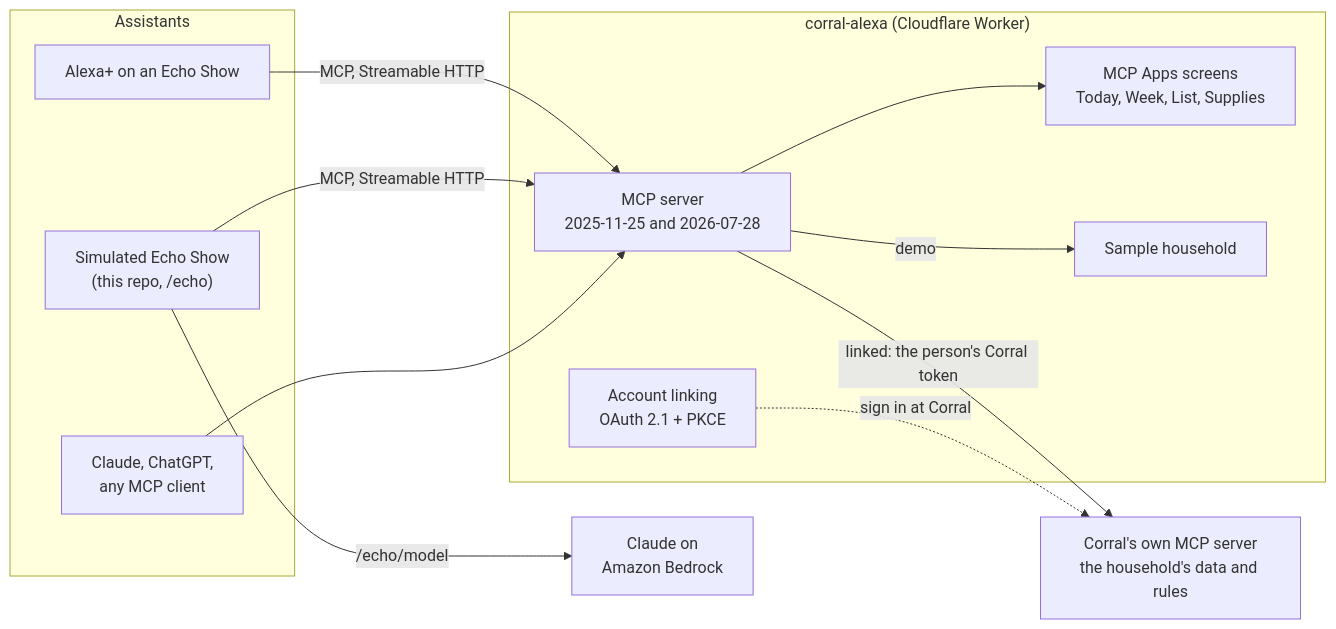
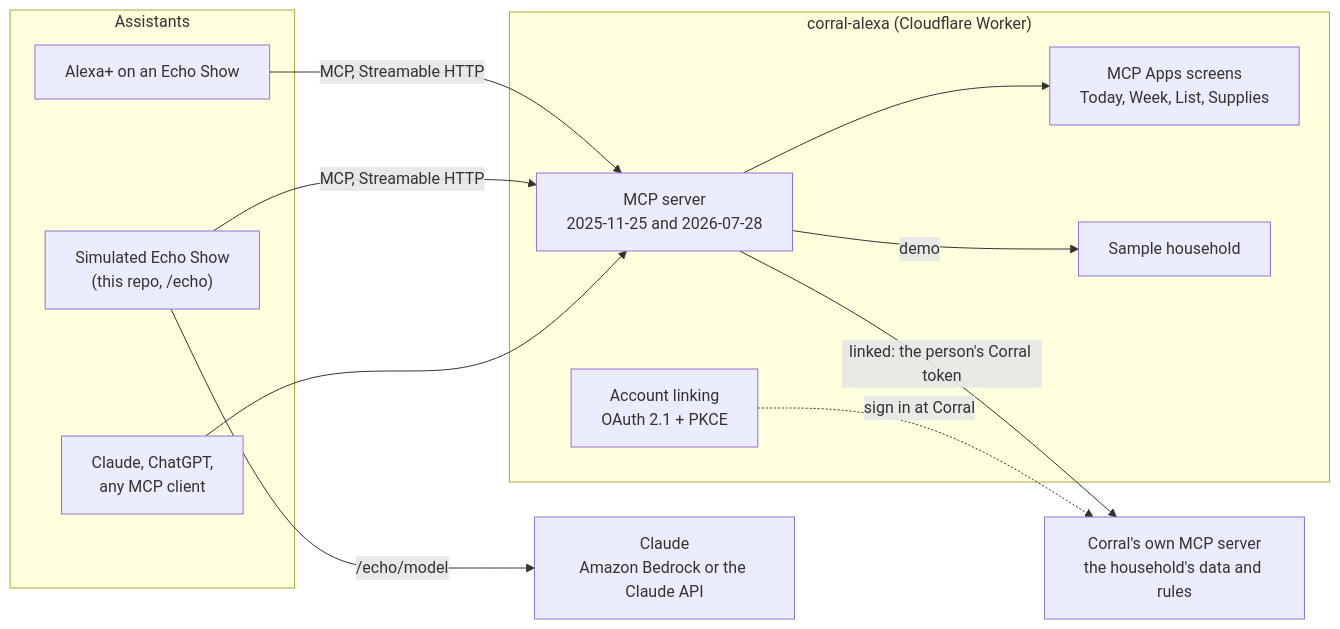
One commit to NMooreCo/corral-alexa changed the diagram in README.md. Above: the diagram before and after it, drawn with Mermaid. The commit also changed other lines of this file and 7 other files, not shown here.

````diff
--- a/README.md
+++ b/README.md
@@ -27,24 +27,24 @@
 ```mermaid
 flowchart LR
   subgraph Assistants
     A["Alexa+ on an Echo Show"]
     S["Simulated Echo Show<br/>(this repo, /echo)"]
     O["Claude, ChatGPT,<br/>any MCP client"]
   end
   subgraph Bridge["corral-alexa (Cloudflare Worker)"]
     M["MCP server<br/>2025-11-25 and 2026-07-28"]
     U["MCP Apps screens<br/>Today, Week, List, Supplies"]
     L["Account linking<br/>OAuth 2.1 + PKCE"]
     P["Sample household"]
   end
-  B["Claude on<br/>Amazon Bedrock"]
+  B["Claude<br/>Amazon Bedrock or the Claude API"]
   C["Corral's own MCP server<br/>the household's data and rules"]
   A -- "MCP, Streamable HTTP" --> M
   S -- "MCP, Streamable HTTP" --> M
   O --> M
   S -- "/echo/model" --> B
   M --> U
   M -- "linked: the person's Corral token" --> C
   M -- "demo" --> P
   L -. "sign in at Corral" .-> C
 ```
````
